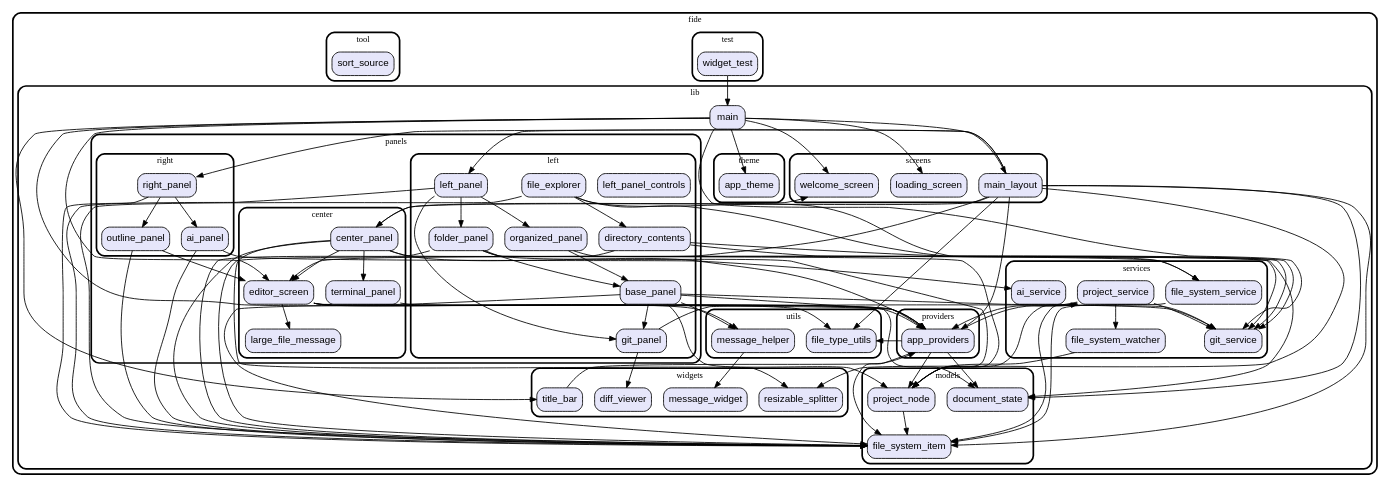
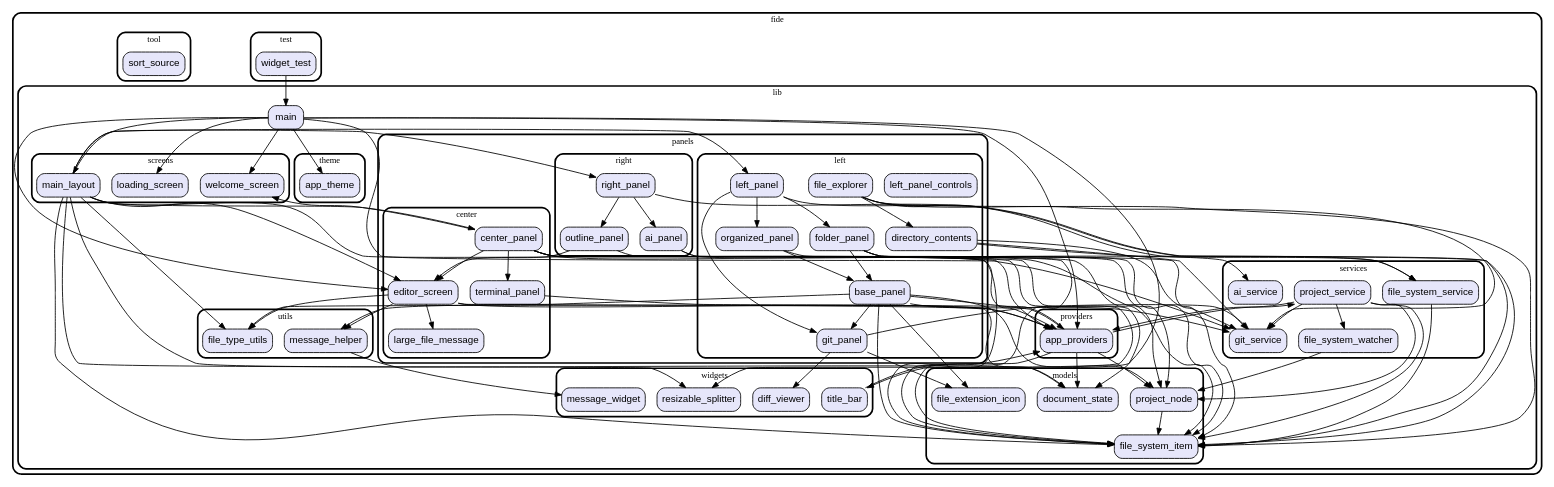
Before and after one commit to vteam-com/FIDE: the diagram in graph.dot, drawn with Graphviz. The commit also changed 4 other files, not shown here.

Commit message:
GIT panel use file icon

```diff
--- a/graph.dot
+++ b/graph.dot
@@ -21,6 +21,7 @@
   "/lib/panels/left/organized_panel.dart" [label="organized_panel"];
   "/lib/utils/message_helper.dart" [label="message_helper"];
   "/lib/utils/file_type_utils.dart" [label="file_type_utils"];
+  "/lib/models/file_extension_icon.dart" [label="file_extension_icon"];
   "/lib/models/project_node.dart" [label="project_node"];
   "/lib/models/document_state.dart" [label="document_state"];
   "/lib/models/file_system_item.dart" [label="file_system_item"];
@@ -86,6 +87,7 @@
       }
       subgraph "cluster~/lib/models" {
         label="models";
+        "/lib/models/file_extension_icon.dart";
         "/lib/models/project_node.dart";
         "/lib/models/document_state.dart";
         "/lib/models/file_system_item.dart";
@@ -147,8 +149,10 @@
   "/lib/panels/center/center_panel.dart" -> "/lib/panels/center/terminal_panel.dart";
   "/lib/panels/center/center_panel.dart" -> "/lib/widgets/resizable_splitter.dart";
   "/lib/panels/center/center_panel.dart" -> "/lib/models/file_system_item.dart";
+  "/lib/panels/left/git_panel.dart" -> "/lib/models/file_extension_icon.dart";
   "/lib/panels/left/git_panel.dart" -> "/lib/services/git_service.dart";
   "/lib/panels/left/git_panel.dart" -> "/lib/widgets/diff_viewer.dart";
+  "/lib/panels/left/base_panel.dart" -> "/lib/models/file_extension_icon.dart";
   "/lib/panels/left/base_panel.dart" -> "/lib/models/project_node.dart";
   "/lib/panels/left/base_panel.dart" -> "/lib/models/file_system_item.dart";
   "/lib/panels/left/base_panel.dart" -> "/lib/services/git_service.dart";
```
